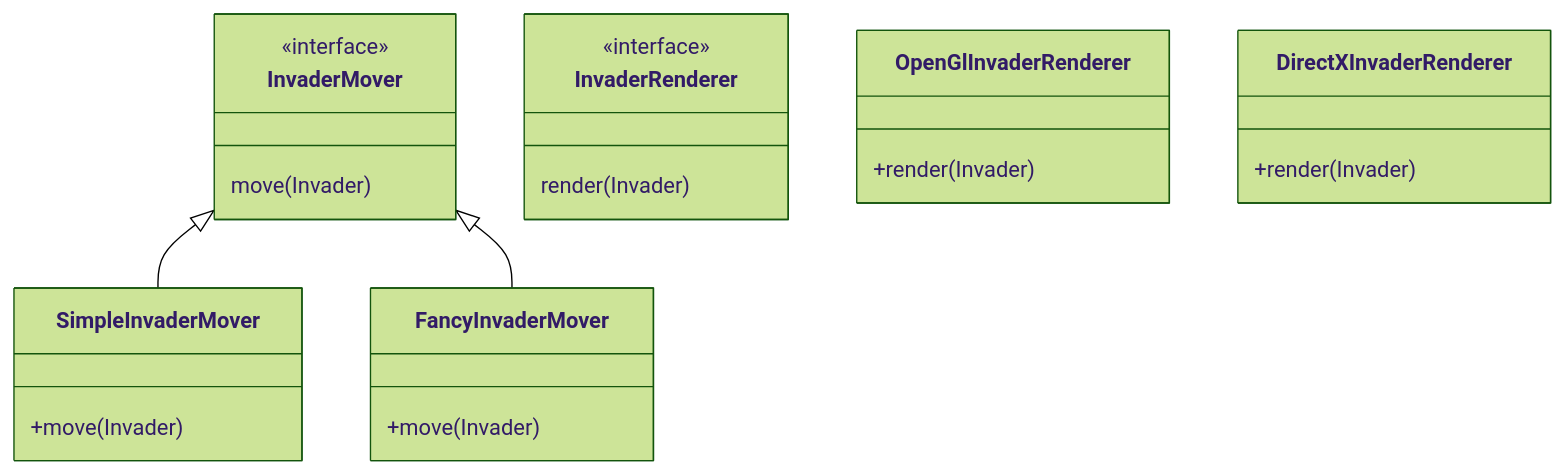
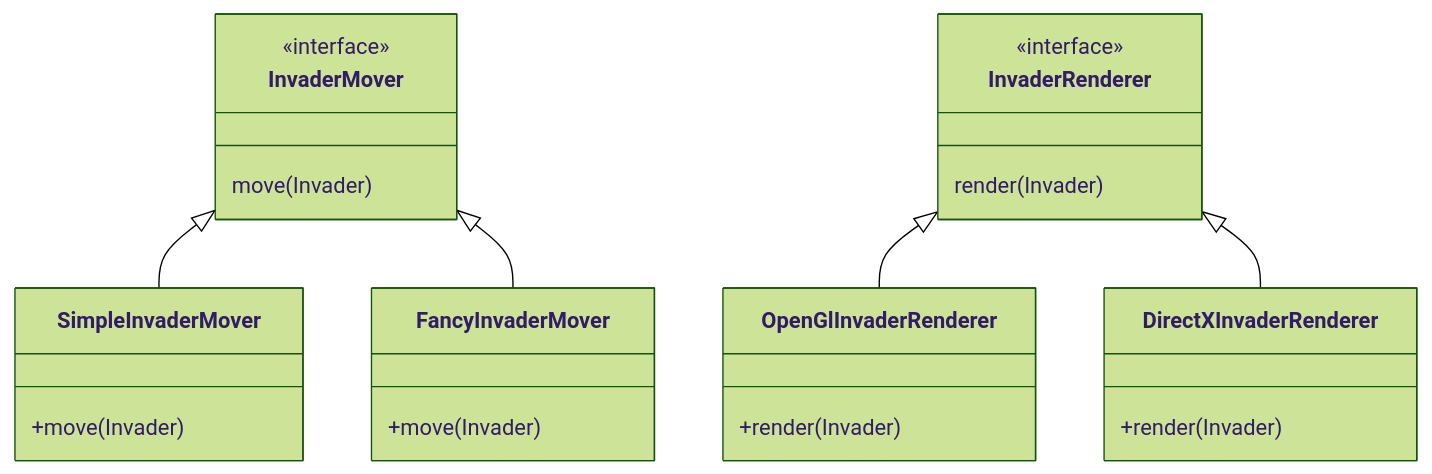
One commit to xballoy/solid-presentation changed the third of 4 diagrams in slides.md. Above: the diagram before and after it, drawn with Mermaid (forest theme). The commit also changed other lines of this file, not shown here.

````diff
--- a/slides.md
+++ b/slides.md
@@ -134,28 +134,30 @@
 ```mermaid
 classDiagram
   InvaderMover <|-- SimpleInvaderMover
   InvaderMover <|-- FancyInvaderMover
   class InvaderMover
   <<interface>> InvaderMover
   InvaderMover : move(Invader)
   
   class SimpleInvaderMover {
     +move(Invader)
   }
   
   class FancyInvaderMover {
     +move(Invader)
   }
   
+  InvaderRenderer <|-- OpenGlInvaderRenderer
+  InvaderRenderer <|-- DirectXInvaderRenderer
   class InvaderRenderer
   <<interface>> InvaderRenderer
   InvaderRenderer : render(Invader)
   
   class OpenGlInvaderRenderer {
     +render(Invader)
   }
   
   class DirectXInvaderRenderer {
     +render(Invader)
   }
 ```
````
